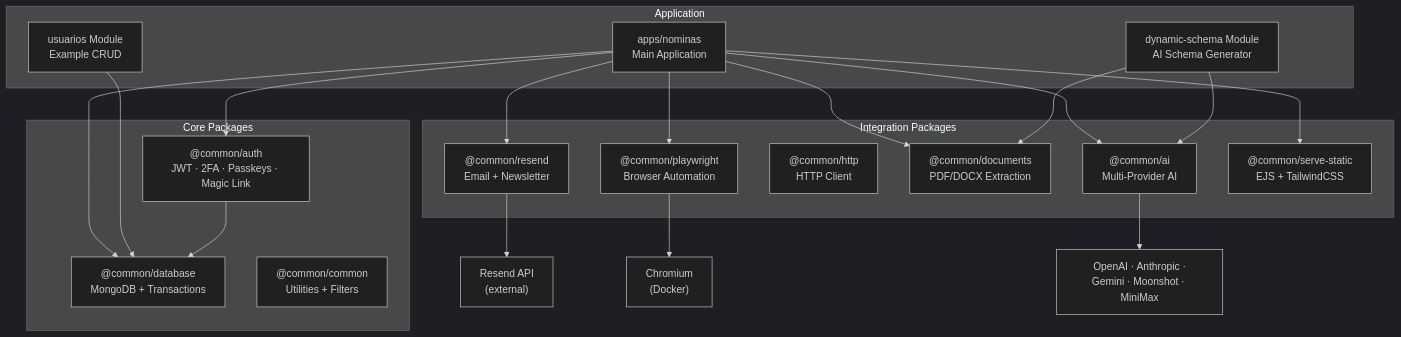
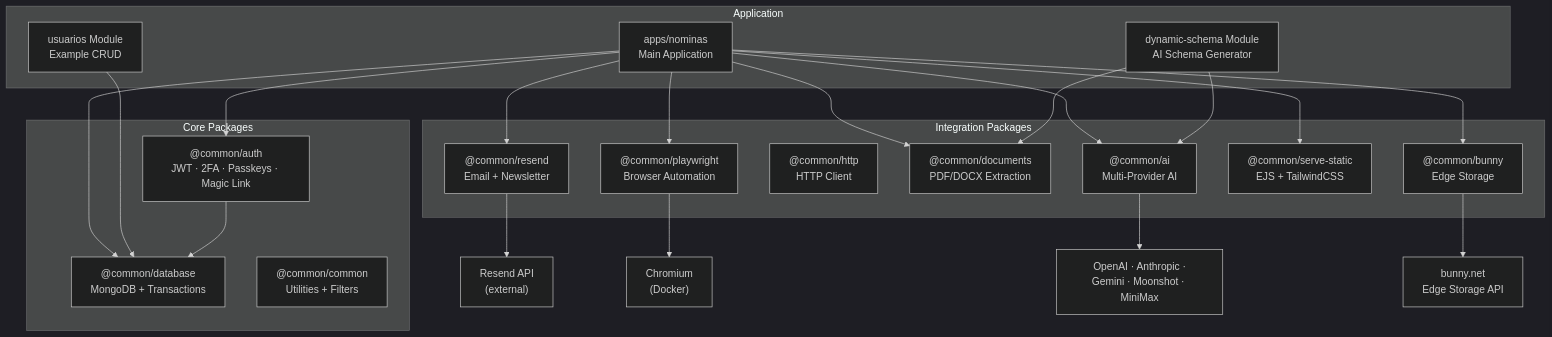
Before and after one commit to bobrobert13/nestJs-boilerplate: the first of 4 diagrams in AGENTS.md, drawn with Mermaid (dark theme). The commit also changed other lines of this file and 16 other files, not shown here.

First line of the commit message:
feat(@common/bunny): add bunny.net edge storage package

````diff
--- a/AGENTS.md
+++ b/AGENTS.md
@@ -50,38 +50,41 @@
 ```mermaid
 graph TB
     subgraph "Application"
         NOMINAS["apps/nominas<br/>Main Application"]
         USUARIOS["usuarios Module<br/>Example CRUD"]
         DYNAMIC["dynamic-schema Module<br/>AI Schema Generator"]
     end
 
     subgraph "Core Packages"
         DB["@common/database<br/>MongoDB + Transactions"]
         COMMON["@common/common<br/>Utilities + Filters"]
         AUTH["@common/auth<br/>JWT · 2FA · Passkeys · Magic Link"]
     end
 
     subgraph "Integration Packages"
         AI["@common/ai<br/>Multi-Provider AI"]
         PW["@common/playwright<br/>Browser Automation"]
         HTTP["@common/http<br/>HTTP Client"]
         DOCS["@common/documents<br/>PDF/DOCX Extraction"]
         RESEND["@common/resend<br/>Email + Newsletter"]
         SS["@common/serve-static<br/>EJS + TailwindCSS"]
+        BUNNY["@common/bunny<br/>Edge Storage"]
     end
 
     NOMINAS --> AUTH
     NOMINAS --> DB
     NOMINAS --> PW
     NOMINAS --> AI
     NOMINAS --> DOCS
     NOMINAS --> RESEND
     NOMINAS --> SS
+    NOMINAS --> BUNNY
     USUARIOS --> DB
     DYNAMIC --> AI
     DYNAMIC --> DOCS
     AUTH --> DB
     RESEND --> RESEND_SVC["Resend API<br/>(external)"]
     PW --> CHROMIUM["Chromium<br/>(Docker)"]
     AI --> LLM_API["OpenAI · Anthropic ·<br/>Gemini · Moonshot · MiniMax"]
+    BUNNY --> BUNNY_API["bunny.net<br/>Edge Storage API"]
 ```
````
